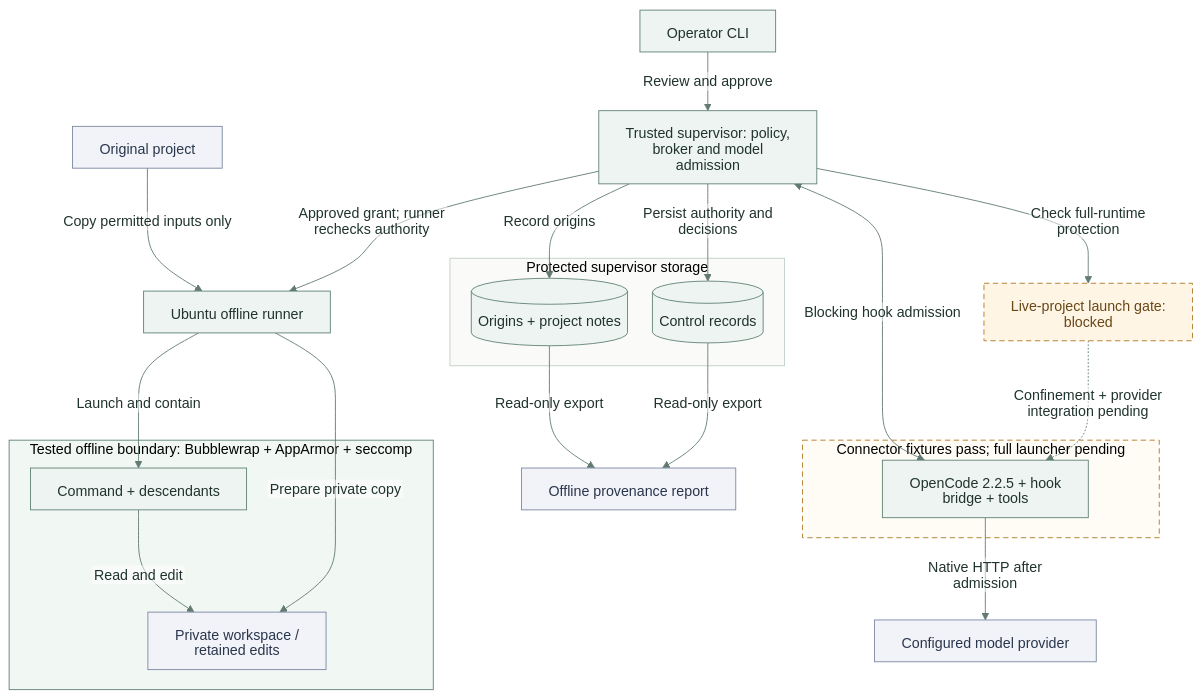
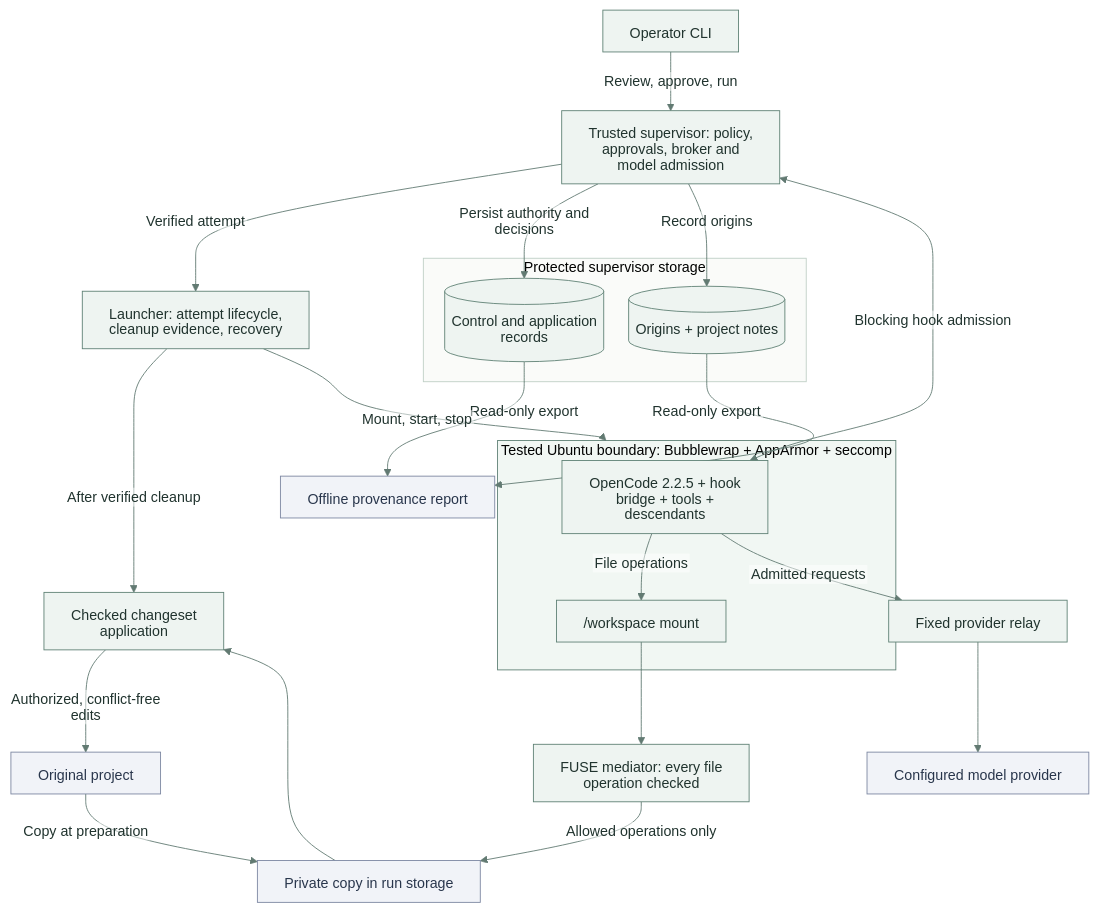
Before and after one commit to realqijun/cubicle-linux: the diagram in docs/diagrams/architecture.mmd, drawn with Mermaid. The commit also changed 22 other files, not shown here.

```diff
--- a/docs/diagrams/architecture.mmd
+++ b/docs/diagrams/architecture.mmd
@@ -1,66 +1,66 @@
 ---
 config:
   theme: base
   htmlLabels: false
   themeCSS: 'text { font-family: Arial, Helvetica, sans-serif !important; }'
   themeVariables:
     fontFamily: 'Arial, Helvetica, sans-serif'
     fontSize: 16px
     primaryColor: '#eef4f1'
     primaryTextColor: '#20332e'
     primaryBorderColor: '#5f8175'
     lineColor: '#627a72'
     clusterBkg: '#fafbf9'
     clusterBorder: '#bfcfc6'
     edgeLabelBackground: '#ffffff'
   flowchart:
     htmlLabels: false
     curve: basis
     nodeSpacing: 28
     rankSpacing: 45
 ---
 flowchart TB
     cli["Operator CLI"]
     sourceProject["Original project"]
-    supervisor["Trusted supervisor: policy, broker and model admission"]
-    runner["Ubuntu offline runner"]
-    launchGate["Live-project launch gate: blocked"]
+    supervisor["Trusted supervisor: policy, approvals, broker and model admission"]
+    launcher["Launcher: attempt lifecycle, cleanup evidence, recovery"]
+    changeset["Checked changeset application"]
 
-    subgraph isolated ["Tested offline boundary: Bubblewrap + AppArmor + seccomp"]
-        process["Command + descendants"]
-        workspace["Private workspace / retained edits"]
+    subgraph jail ["Tested Ubuntu boundary: Bubblewrap + AppArmor + seccomp"]
+        opencode["OpenCode 2.2.5 + hook bridge + tools + descendants"]
+        mount["/workspace mount"]
     end
 
-    subgraph connector ["Connector fixtures pass; full launcher pending"]
-        opencode["OpenCode 2.2.5 + hook bridge + tools"]
-    end
+    mediator["FUSE mediator: every file operation checked"]
+    copy["Private copy in run storage"]
+    relay["Fixed provider relay"]
+    provider["Configured model provider"]
 
     subgraph storage ["Protected supervisor storage"]
-        state[("Control records")]
+        state[("Control and application records")]
         provenance[("Origins + project notes")]
     end
 
-    provider["Configured model provider"]
     report["Offline provenance report"]
 
-    cli -->|"Review and approve"| supervisor
-    supervisor -->|"Approved grant; runner rechecks authority"| runner
-    sourceProject -->|"Copy permitted inputs only"| runner
-    runner -->|"Prepare private copy"| workspace
-    runner -->|"Launch and contain"| process
-    process -->|"Read and edit"| workspace
-    supervisor -->|"Check full-runtime protection"| launchGate
-    launchGate -.->|"Confinement + provider integration pending"| opencode
+    cli -->|"Review, approve, run"| supervisor
+    supervisor -->|"Verified attempt"| launcher
+    sourceProject -->|"Copy at preparation"| copy
+    launcher -->|"Mount, start, stop"| jail
+    opencode -->|"File operations"| mount
+    mount --> mediator
+    mediator -->|"Allowed operations only"| copy
     opencode <-->|"Blocking hook admission"| supervisor
-    opencode -->|"Native HTTP after admission"| provider
+    opencode -->|"Admitted requests"| relay
+    relay --> provider
+    launcher -->|"After verified cleanup"| changeset
+    copy --> changeset
+    changeset -->|"Authorized, conflict-free edits"| sourceProject
     supervisor -->|"Persist authority and decisions"| state
     supervisor -->|"Record origins"| provenance
     state -->|"Read-only export"| report
     provenance -->|"Read-only export"| report
 
-    classDef pending fill:#fff5e5,stroke:#b07824,color:#694716,stroke-dasharray:6 4
     classDef output fill:#f1f3f8,stroke:#7c87a1,color:#29364c
-    class launchGate pending
-    class sourceProject,workspace,provider,report output
-    style isolated fill:#f1f7f3,stroke:#5f8175
-    style connector fill:#fffcf6,stroke:#b07824,stroke-dasharray:6 4
+    class sourceProject,copy,provider,report output
+    style jail fill:#f1f7f3,stroke:#5f8175
```
